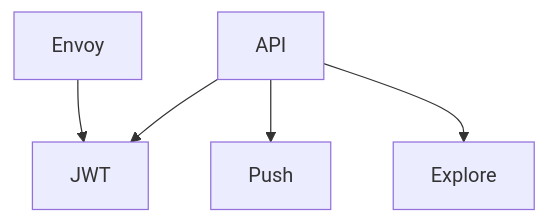
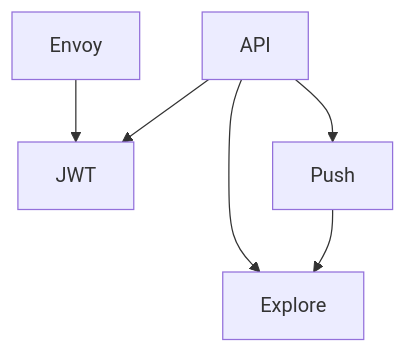
One commit to ronbakken/SWAY-DUP changed the diagram in README.md. Above: the diagram before and after it, drawn with Mermaid.

````diff
--- a/README.md
+++ b/README.md
@@ -68,7 +68,8 @@
 ```mermaid
 graph TD;
     Envoy --> JWT
     API --> JWT
     API --> Push
     API --> Explore
+    Push --> Explore
 ```
````
